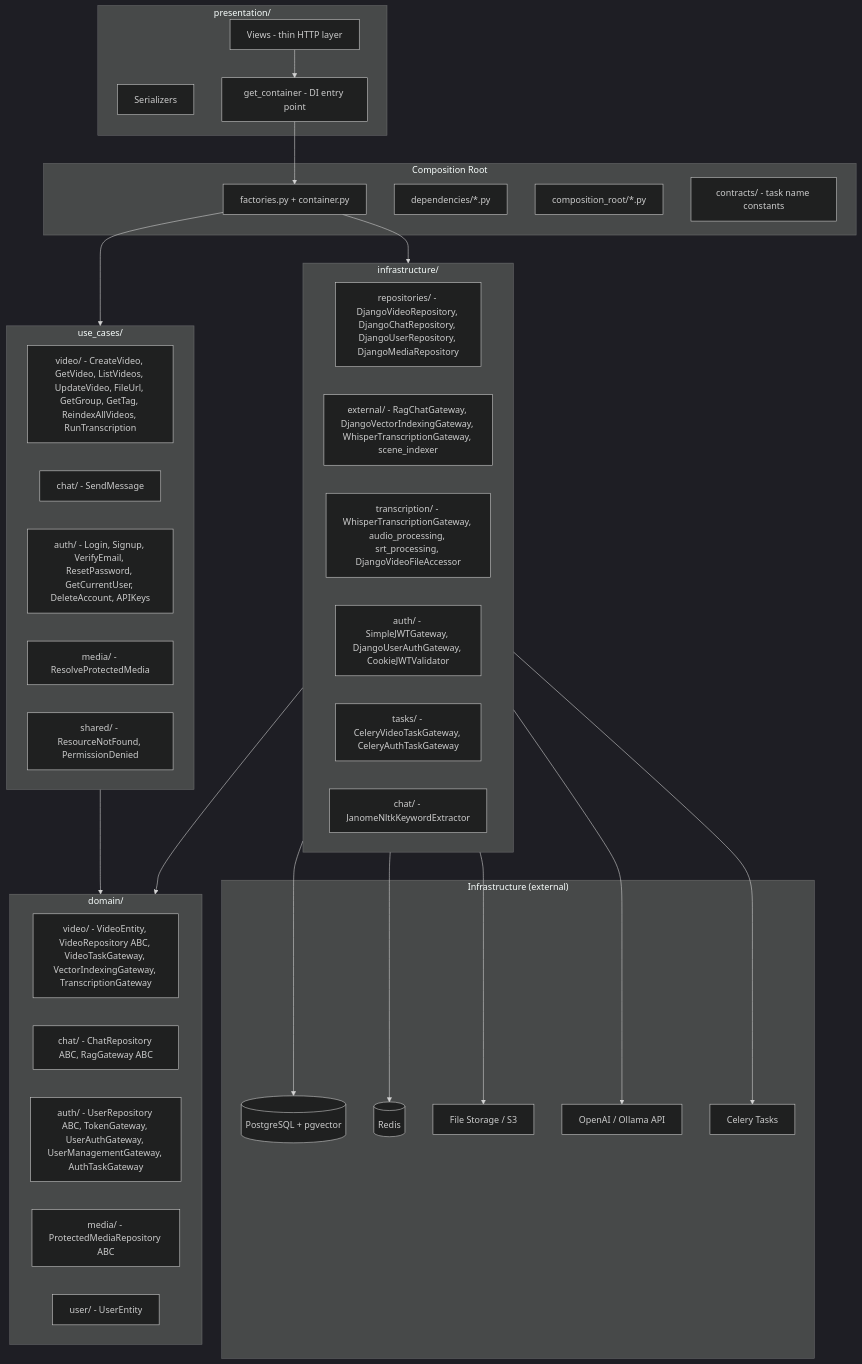
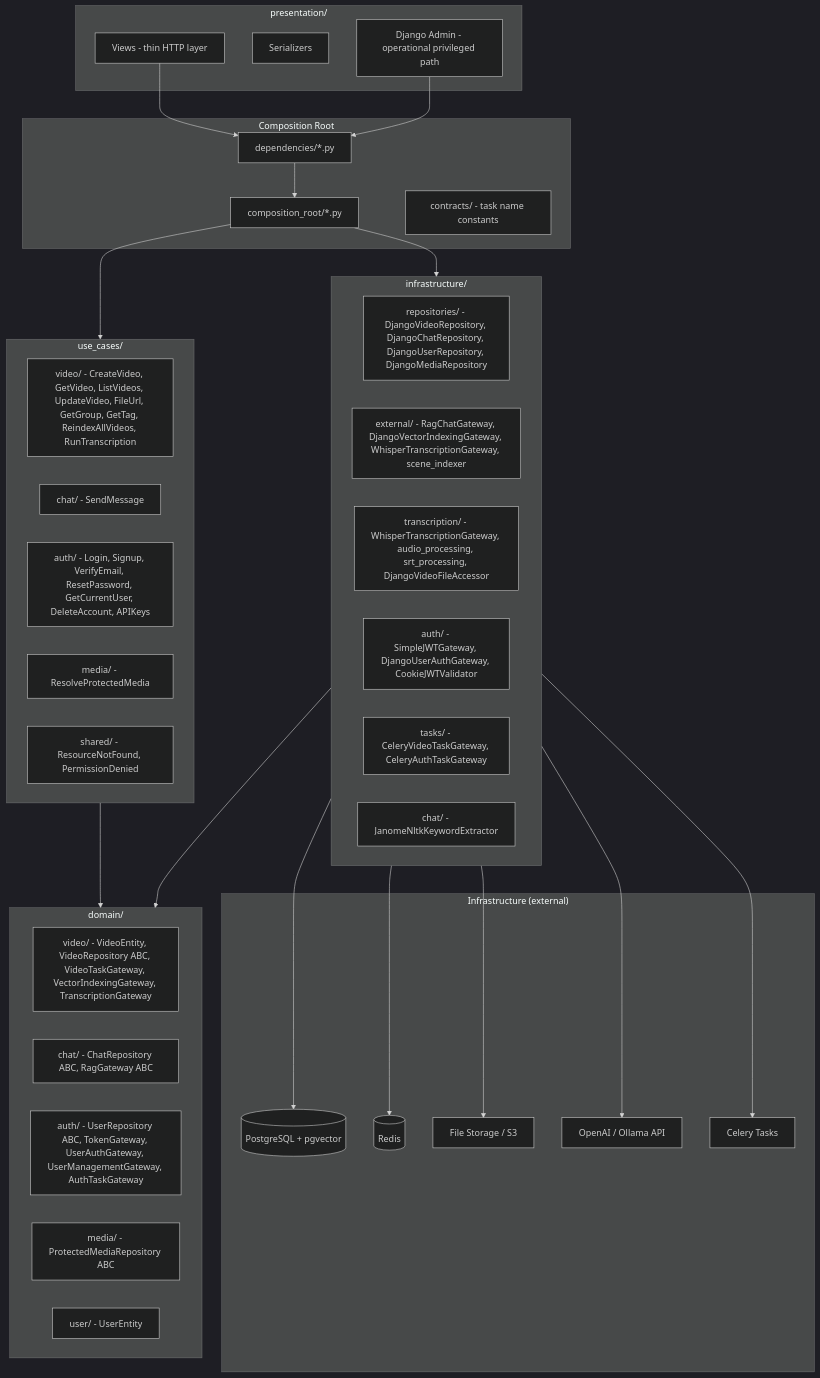
One commit to yukiharada1228/videoq changed the third of 8 diagrams in docs/architecture/system-configuration-diagram.md. Above: the diagram before and after it, drawn with Mermaid (dark theme). The commit also changed 4 other files, not shown here.

Commit message:
backend: align admin boundary with use case and sync architecture docs

````diff
--- a/docs/architecture/system-configuration-diagram.md
+++ b/docs/architecture/system-configuration-diagram.md
@@ -137,60 +137,60 @@
 ```mermaid
 graph TB
     subgraph Presentation["presentation/"]
         PV[Views - thin HTTP layer]
         PS[Serializers]
-        PC[get_container - DI entry point]
+        PA[Django Admin - operational privileged path]
     end
 
     subgraph UseCases["use_cases/"]
         UV[video/ - CreateVideo, GetVideo, ListVideos, UpdateVideo, FileUrl, GetGroup, GetTag, ReindexAllVideos, RunTranscription]
         UC[chat/ - SendMessage]
         UA[auth/ - Login, Signup, VerifyEmail, ResetPassword, GetCurrentUser, DeleteAccount, APIKeys]
         UM[media/ - ResolveProtectedMedia]
         US[shared/ - ResourceNotFound, PermissionDenied]
     end
 
     subgraph Domain["domain/"]
         DV[video/ - VideoEntity, VideoRepository ABC, VideoTaskGateway, VectorIndexingGateway, TranscriptionGateway]
         DC[chat/ - ChatRepository ABC, RagGateway ABC]
         DA[auth/ - UserRepository ABC, TokenGateway, UserAuthGateway, UserManagementGateway, AuthTaskGateway]
         DM[media/ - ProtectedMediaRepository ABC]
         DU[user/ - UserEntity]
     end
 
     subgraph Infrastructure["infrastructure/"]
         IR[repositories/ - DjangoVideoRepository, DjangoChatRepository, DjangoUserRepository, DjangoMediaRepository]
         IE[external/ - RagChatGateway, DjangoVectorIndexingGateway, WhisperTranscriptionGateway, scene_indexer]
         IT[transcription/ - WhisperTranscriptionGateway, audio_processing, srt_processing, DjangoVideoFileAccessor]
         IA[auth/ - SimpleJWTGateway, DjangoUserAuthGateway, CookieJWTValidator]
         ITk[tasks/ - CeleryVideoTaskGateway, CeleryAuthTaskGateway]
         IC[chat/ - JanomeNltkKeywordExtractor]
     end
 
     subgraph Container["Composition Root"]
-        CF[factories.py + container.py]
         CDI[dependencies/*.py]
         CCR[composition_root/*.py]
         CK[contracts/ - task name constants]
     end
 
     subgraph Infra["Infrastructure (external)"]
         I1[(PostgreSQL + pgvector)]
         I2[(Redis)]
         I3[File Storage / S3]
         I4[OpenAI / Ollama API]
         I5[Celery Tasks]
     end
 
-    PV --> PC
-    PC --> CF
-    CF --> UseCases
-    CF --> Infrastructure
+    PV --> CDI
+    PA --> CDI
+    CDI --> CCR
+    CCR --> UseCases
+    CCR --> Infrastructure
     UseCases --> Domain
     Infrastructure --> Domain
     Infrastructure --> I1
     Infrastructure --> I2
     Infrastructure --> I3
     Infrastructure --> I4
     Infrastructure --> I5
 ```
````
